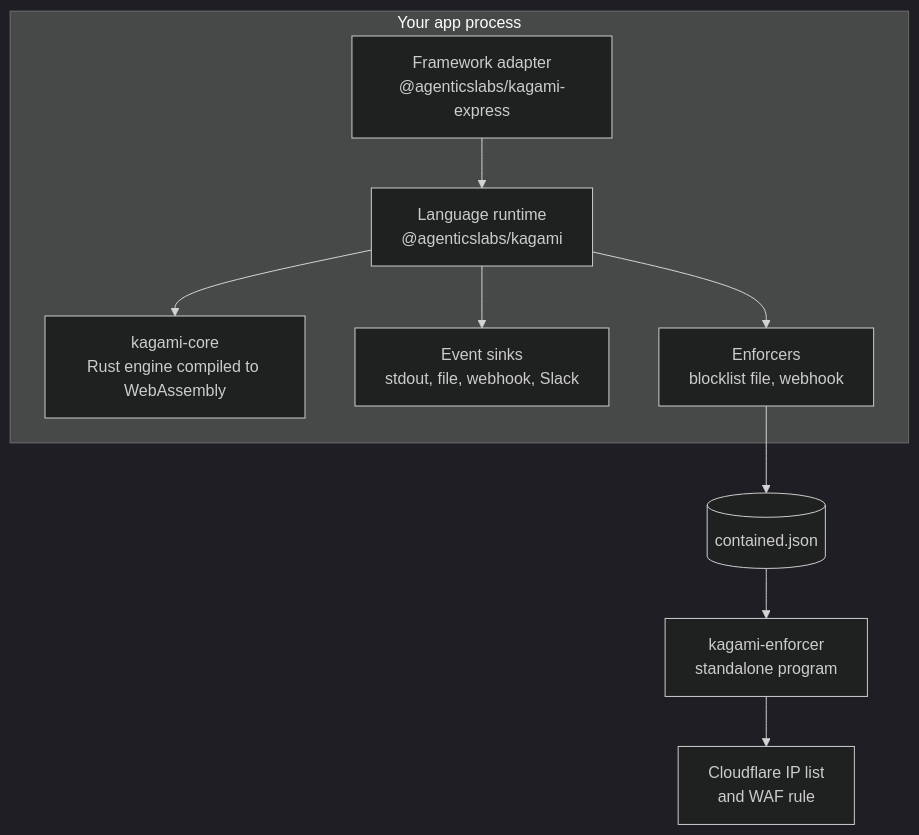
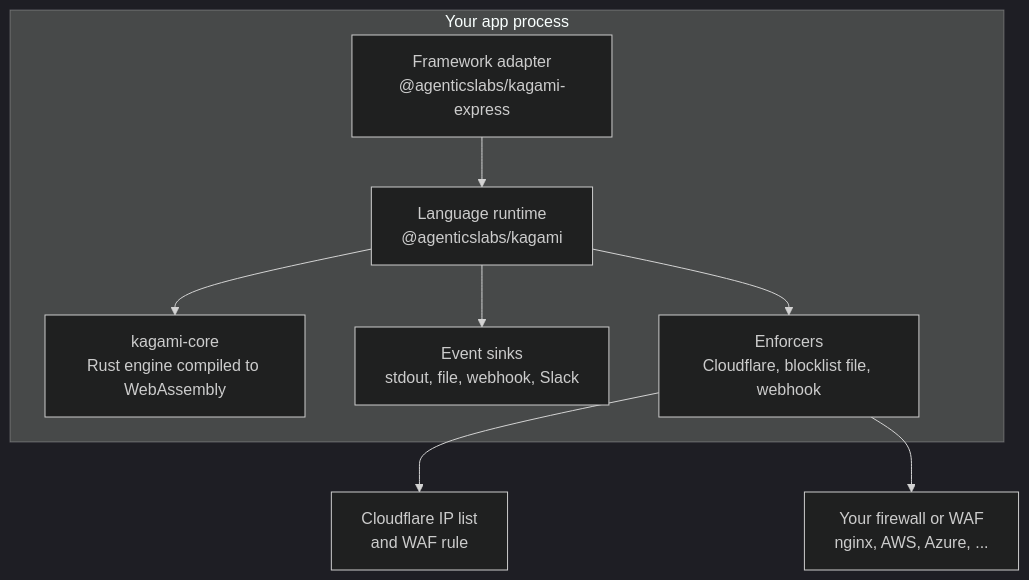
Before and after one commit to agenticslabs-xyz/lurensic: the second of 2 diagrams in README.md, drawn with Mermaid (dark theme). The commit also changed other lines of this file and 38 other files, not shown here.

First line of the commit message:
Build Cloudflare blocking into the Node package

````diff
--- a/README.md
+++ b/README.md
@@ -78,12 +78,11 @@
 ```mermaid
 flowchart TB
     subgraph proc["Your app process"]
         AD["Framework adapter<br/>@agenticslabs/kagami-express"] --> NODE["Language runtime<br/>@agenticslabs/kagami"]
         NODE --> CORE["kagami-core<br/>Rust engine compiled to WebAssembly"]
         NODE --> SINKS["Event sinks<br/>stdout, file, webhook, Slack"]
-        NODE --> ENF["Enforcers<br/>blocklist file, webhook"]
+        NODE --> ENF["Enforcers<br/>Cloudflare, blocklist file, webhook"]
     end
-    ENF --> FILE[("contained.json")]
-    FILE --> KE["kagami-enforcer<br/>standalone program"]
-    KE --> CF["Cloudflare IP list<br/>and WAF rule"]
+    ENF --> CF["Cloudflare IP list<br/>and WAF rule"]
+    ENF --> FW["Your firewall or WAF<br/>nginx, AWS, Azure, ..."]
 ```
````
